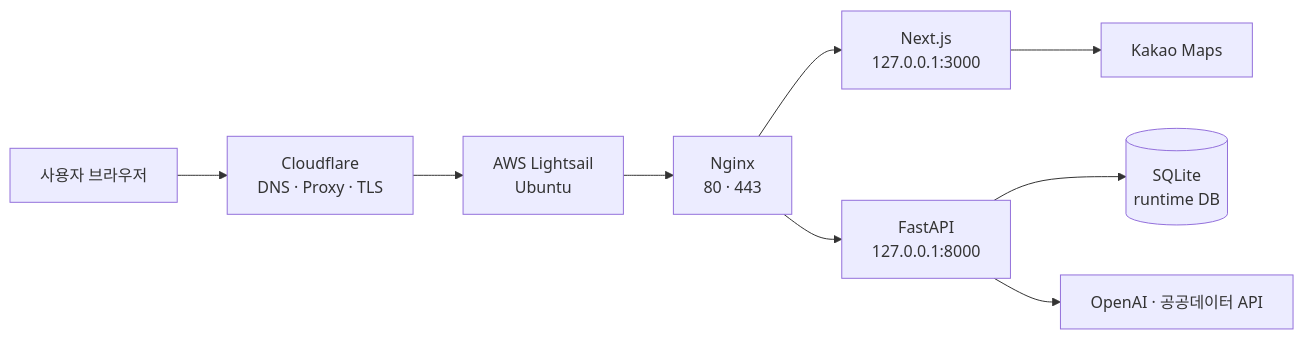
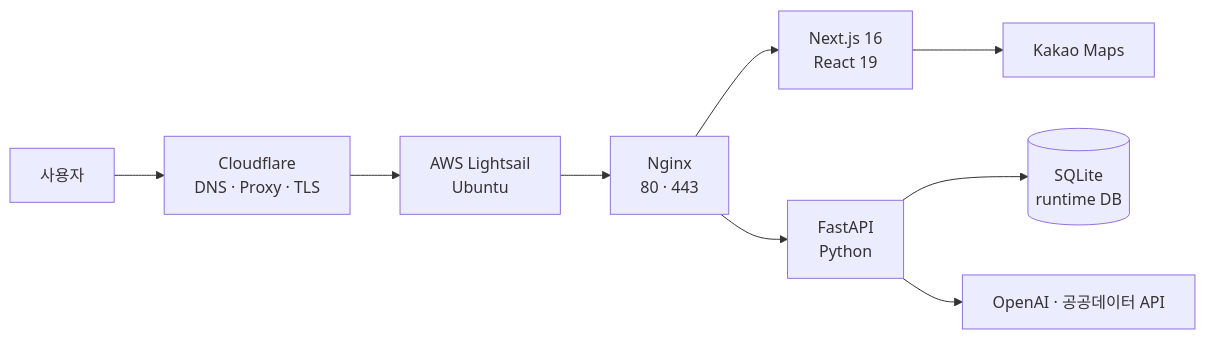
Before and after one commit to rad1092/localfit-lab: the diagram in README.md, drawn with Mermaid. The commit also changed other lines of this file and 19 other files, not shown here.

````diff
--- a/README.md
+++ b/README.md
@@ -16,11 +106,11 @@
 ```mermaid
 flowchart LR
-    U["사용자 브라우저"] --> C["Cloudflare<br/>DNS · Proxy · TLS"]
+    U["사용자"] --> C["Cloudflare<br/>DNS · Proxy · TLS"]
     C --> L["AWS Lightsail<br/>Ubuntu"]
     L --> N["Nginx<br/>80 · 443"]
-    N --> F["Next.js<br/>127.0.0.1:3000"]
-    N --> B["FastAPI<br/>127.0.0.1:8000"]
+    N --> F["Next.js 16<br/>React 19"]
+    N --> B["FastAPI<br/>Python"]
     B --> D[("SQLite<br/>runtime DB")]
     F --> K["Kakao Maps"]
     B --> O["OpenAI · 공공데이터 API"]
 ```
````
